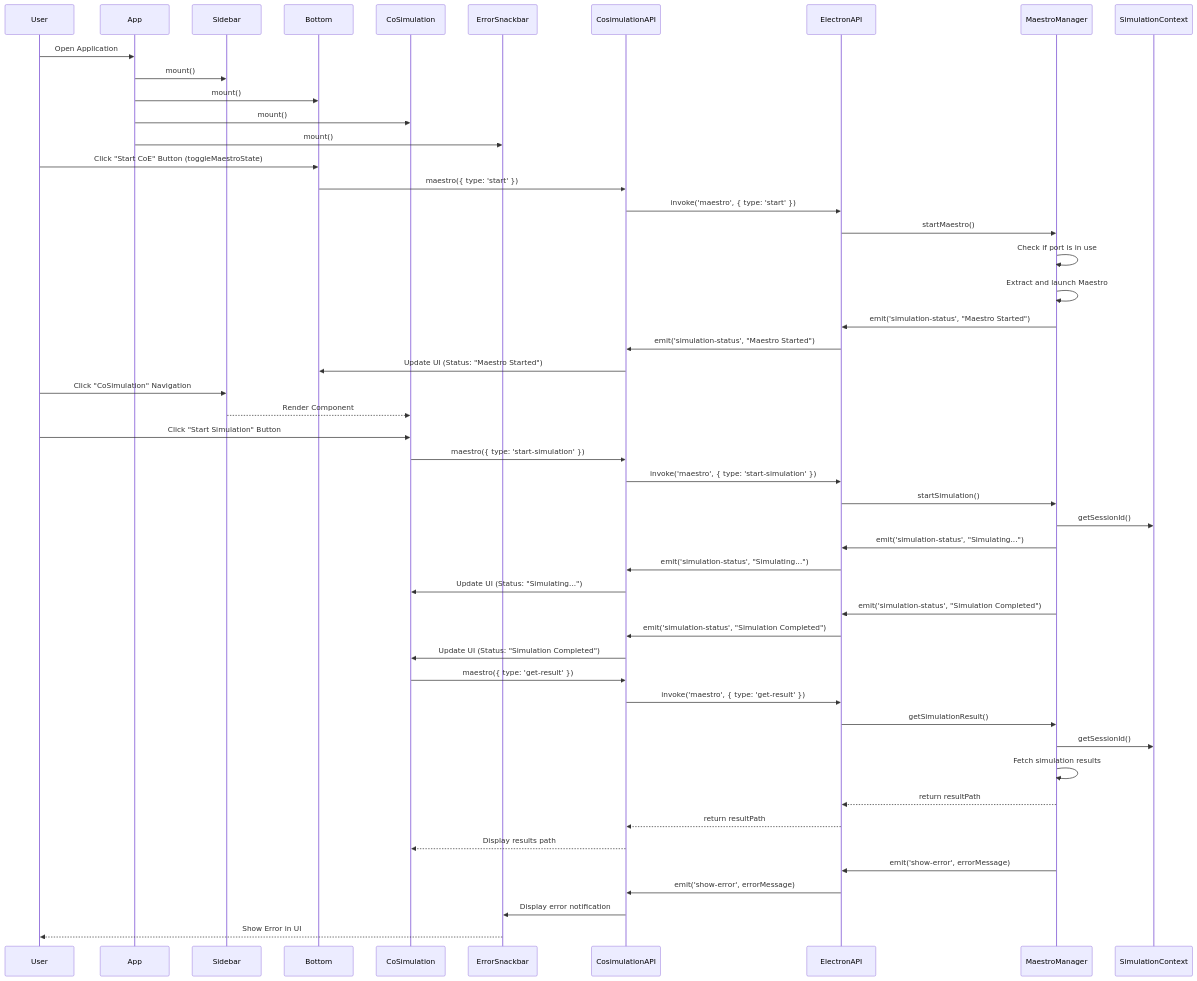
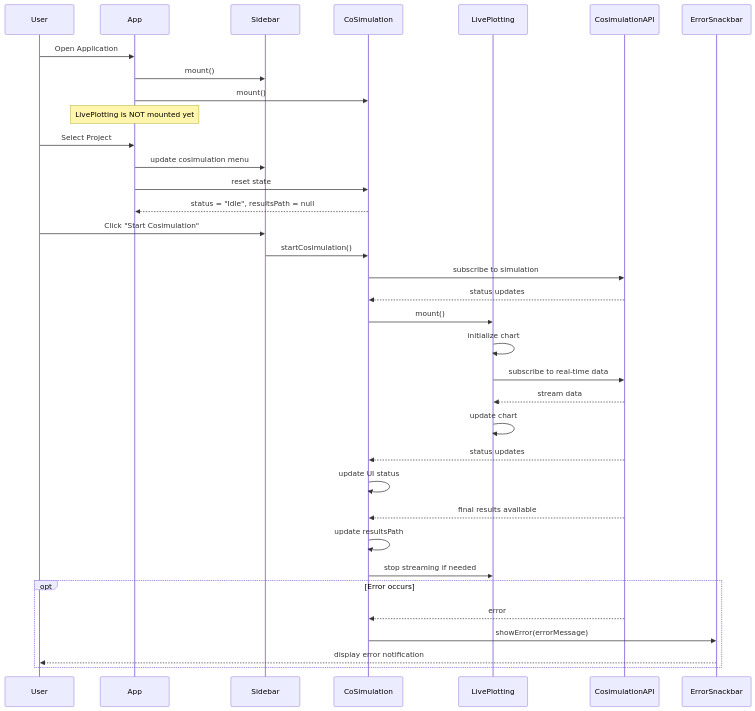
Before and after one commit to INTO-CPS-Association/into-cps-application: the second of 7 diagrams in docs/APPLICATION LAYERS.md, drawn with Mermaid. The commit also changed other lines of this file and 11 other files, not shown here.

````diff
--- a/docs/APPLICATION LAYERS.md
+++ b/docs/APPLICATION LAYERS.md
@@ -159,65 +229,63 @@
 ```mermaid
+%%{init: {
+  "theme": "default",
+  "themeVariables": {
+    "primaryColor": "#000000",
+    "edgeLabelBackground": "#ffffff",
+    "nodeTextColor": "#000000",
+    "nodeBorder": "#000000",
+    "clusterBkg": "#ffffff",
+    "clusterBorder": "#cccccc",
+    "fontFamily": "Arial, sans-serif",
+    "lineColor": "#cccccc",
+    "shadowBlur": "0"
+  }
+}}%%
 sequenceDiagram
     participant User
     participant App
     participant Sidebar
-    participant Bottom
     participant CoSimulation
+    participant LivePlotting
+    participant CosimulationAPI
     participant ErrorSnackbar
-    participant CosimulationAPI
-    participant ElectronAPI
-    participant MaestroManager
-    participant SimulationContext
 
     %% 1. App Initialization %%
     User->>App: Open Application
     App->>Sidebar: mount()
-    App->>Bottom: mount()
     App->>CoSimulation: mount()
-    App->>ErrorSnackbar: mount()
+    Note over App: LivePlotting is NOT mounted yet
 
-    %% 2. Starting Maestro %%
-    User->>Bottom: Click "Start CoE" Button (toggleMaestroState)
-    Bottom->>CosimulationAPI: maestro({ type: 'start' })
-    CosimulationAPI->>ElectronAPI: invoke('maestro', { type: 'start' })
-    ElectronAPI->>MaestroManager: startMaestro()
-    MaestroManager->>MaestroManager: Check if port is in use
-    MaestroManager->>MaestroManager: Extract and launch Maestro
-    MaestroManager->>ElectronAPI: emit('simulation-status', "Maestro Started")
-    ElectronAPI->>CosimulationAPI: emit('simulation-status', "Maestro Started")
-    CosimulationAPI->>Bottom: Update UI (Status: "Maestro Started")
+    %% 2. Project Selection %%
+    User->>App: Select Project
+    App->>Sidebar: update cosimulation menu
+    App->>CoSimulation: reset state
+    CoSimulation-->>App: status = "Idle", resultsPath = null
 
-    %% 3. Running Simulation %%
-    User->>Sidebar: Click "CoSimulation" Navigation
-    Sidebar-->>CoSimulation: Render Component
-    User->>CoSimulation: Click "Start Simulation" Button
-    CoSimulation->>CosimulationAPI: maestro({ type: 'start-simulation' })
-    CosimulationAPI->>ElectronAPI: invoke('maestro', { type: 'start-simulation' })
-    ElectronAPI->>MaestroManager: startSimulation()
-    MaestroManager->>SimulationContext: getSessionId()
-    MaestroManager->>ElectronAPI: emit('simulation-status', "Simulating...")
-    ElectronAPI->>CosimulationAPI: emit('simulation-status', "Simulating...")
-    CosimulationAPI->>CoSimulation: Update UI (Status: "Simulating...")
+    %% 3. Start Cosimulation %%
+    User->>Sidebar: Click "Start Cosimulation"
+    Sidebar->>CoSimulation: startCosimulation()
+    CoSimulation->>CosimulationAPI: subscribe to simulation
+    CosimulationAPI-->>CoSimulation: status updates
+    CoSimulation->>LivePlotting: mount()
+    LivePlotting->>LivePlotting: initialize chart
+    LivePlotting->>CosimulationAPI: subscribe to real-time data
+    CosimulationAPI-->>LivePlotting: stream data
+    LivePlotting->>LivePlotting: update chart
 
-    %% 4. Simulation Completion %%
-    MaestroManager->>ElectronAPI: emit('simulation-status', "Simulation Completed")
-    ElectronAPI->>CosimulationAPI: emit('simulation-status', "Simulation Completed")
-    CosimulationAPI->>CoSimulation: Update UI (Status: "Simulation Completed")
+    %% 4. Cosimulation Progress %%
+    CosimulationAPI-->>CoSimulation: status updates
+    CoSimulation->>CoSimulation: update UI status
 
-    %% 5. Fetching Results %%
-    CoSimulation->>CosimulationAPI: maestro({ type: 'get-result' })
-    CosimulationAPI->>ElectronAPI: invoke('maestro', { type: 'get-result' })
-    ElectronAPI->>MaestroManager: getSimulationResult()
-    MaestroManager->>SimulationContext: getSessionId()
-    MaestroManager->>MaestroManager: Fetch simulation results
-    MaestroManager-->>ElectronAPI: return resultPath
-    ElectronAPI-->>CosimulationAPI: return resultPath
-    CosimulationAPI-->>CoSimulation: Display results path
+    %% 5. Cosimulation Completion %%
+    CosimulationAPI-->>CoSimulation: final results available
+    CoSimulation->>CoSimulation: update resultsPath
+    CoSimulation->>LivePlotting: stop streaming if needed
 
-    %% 6. Error Handling and Snackbar Display %%
-    MaestroManager->>ElectronAPI: emit('show-error', errorMessage)
-    ElectronAPI->>CosimulationAPI: emit('show-error', errorMessage)
-    CosimulationAPI->>ErrorSnackbar: Display error notification
-    ErrorSnackbar-->>User: Show Error in UI
-
+    %% 6. Optional Error Handling %%
+    opt Error occurs
+        CosimulationAPI-->>CoSimulation: error
+        CoSimulation->>ErrorSnackbar: showError(errorMessage)
+        ErrorSnackbar-->>User: display error notification
+    end
 ```
````
